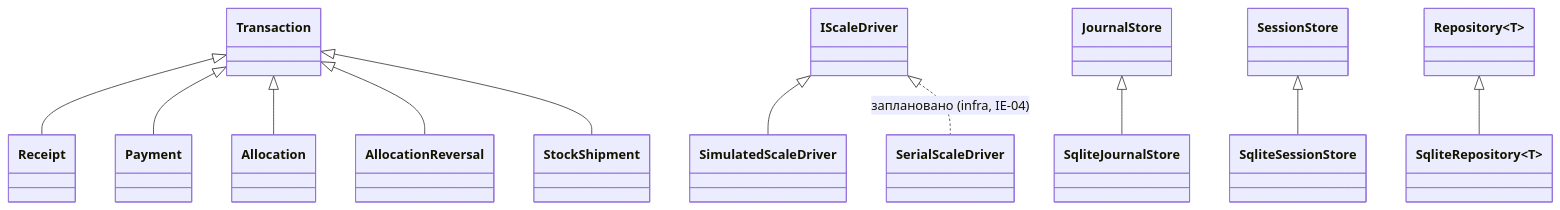
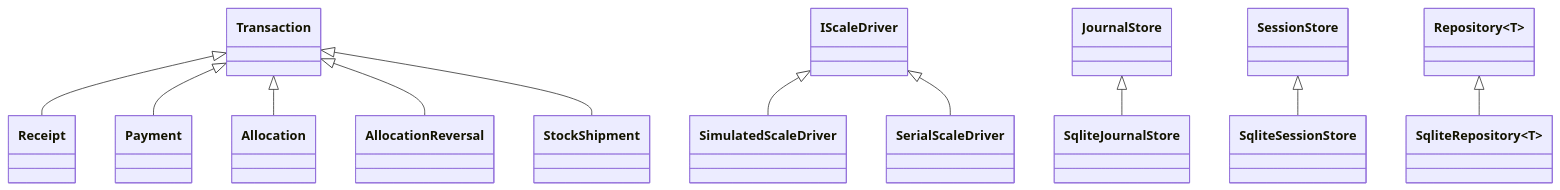
Before and after one commit to IsNazarii/Berry-WMS-Terminal: the diagram in docs/course_mapping.md, drawn with Mermaid. The commit also changed other lines of this file and 8 other files, not shown here.

````diff
--- a/docs/course_mapping.md
+++ b/docs/course_mapping.md
@@ -38,13 +39,13 @@
 ```mermaid
 classDiagram
     Transaction <|-- Receipt
     Transaction <|-- Payment
     Transaction <|-- Allocation
     Transaction <|-- AllocationReversal
     Transaction <|-- StockShipment
     IScaleDriver <|-- SimulatedScaleDriver
-    IScaleDriver <|.. SerialScaleDriver : заплановано (infra, ІЕ-04)
+    IScaleDriver <|-- SerialScaleDriver
     JournalStore <|-- SqliteJournalStore
     SessionStore <|-- SqliteSessionStore
     Repository~T~ <|-- SqliteRepository~T~
 ```
````
